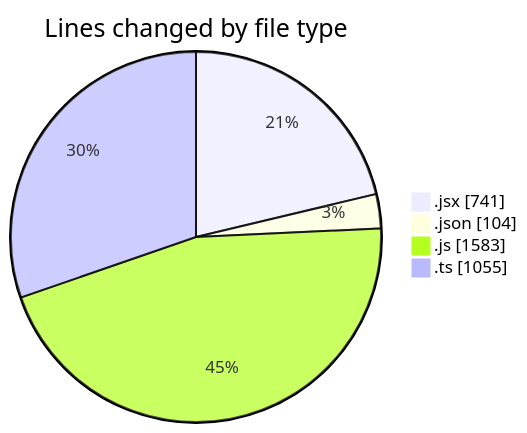
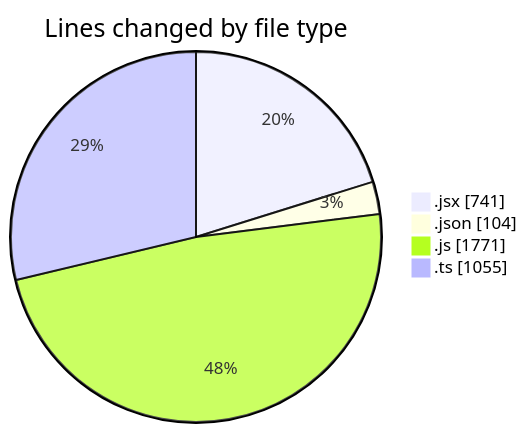
The first of 2 diagrams in 2025-05-19/cda/README.md (momahboobian/code-tracking), drawn with Mermaid before and after one commit. The commit also changed other lines of this file and 1 other file, not shown here.

````diff
--- a/2025-05-19/cda/README.md
+++ b/2025-05-19/cda/README.md
@@ -28,8 +29,8 @@
 ```mermaid
 pie showData
 title Lines changed by file type
 ".jsx" : 741
 ".json" : 104
-".js" : 1583
+".js" : 1771
 ".ts" : 1055
 ```
````
